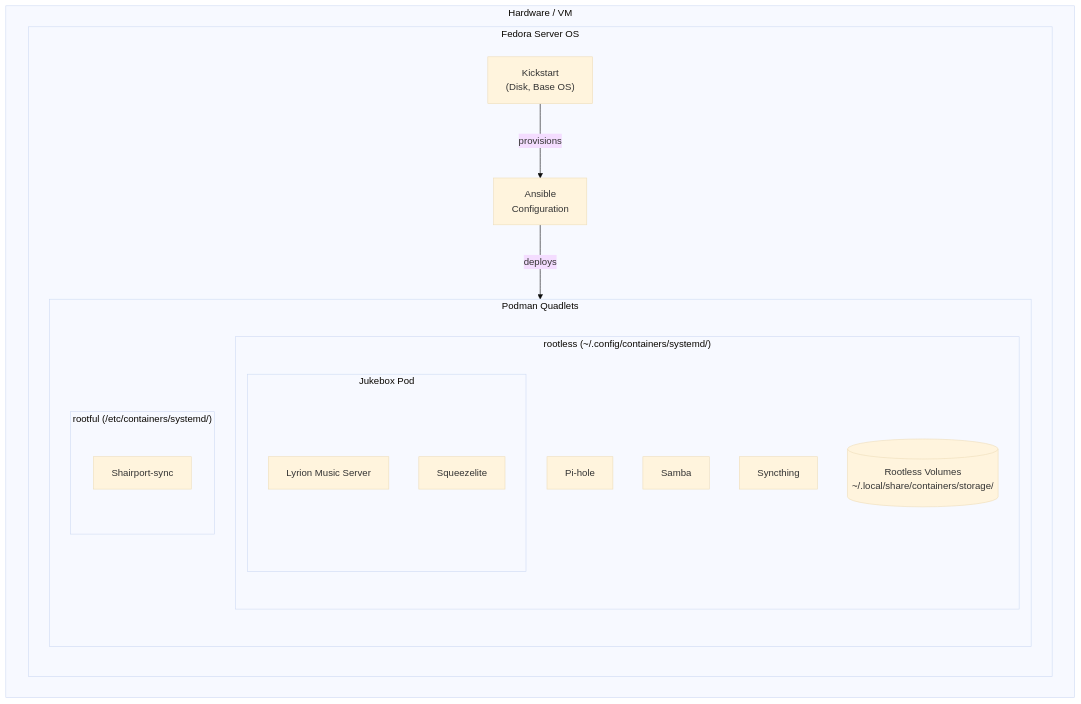
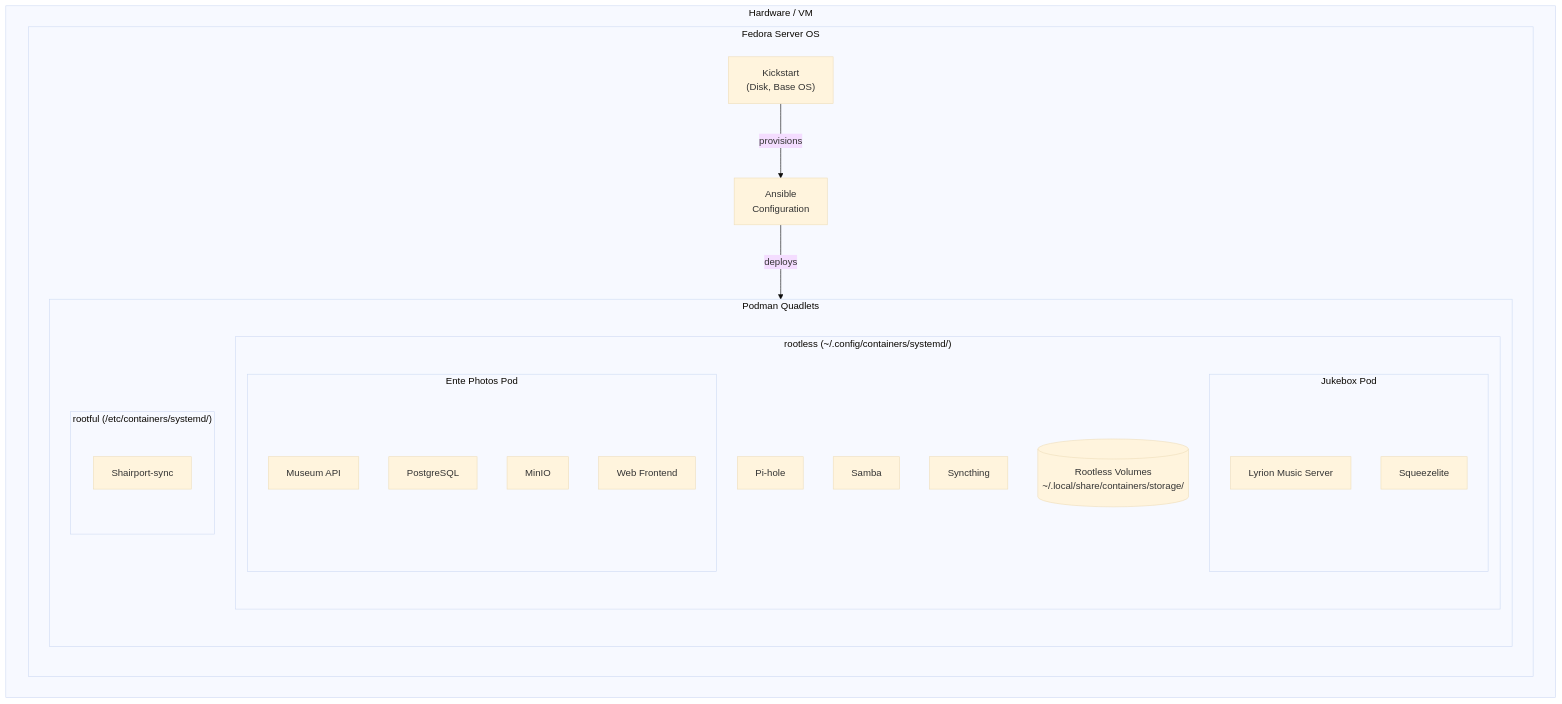
Before and after one commit to luckynrslevin/home-server: the diagram in README.md, drawn with Mermaid (base theme). The commit also changed other lines of this file, not shown here.

Commit message:
Update README with Ente Photos as deployed service
Add Ente Photos pod (Museum API, PostgreSQL, MinIO, Web Frontend) to
the architecture diagram and move from planned to deployed services.

````diff
--- a/README.md
+++ b/README.md
@@ -111,25 +111,31 @@
 ```mermaid
 graph TD
     subgraph HW["Hardware / VM"]
         subgraph OS["Fedora Server OS"]
             KS["Kickstart<br/>(Disk, Base OS)"] -->|provisions| ANS["Ansible<br/>Configuration"]
             ANS -->|deploys| PODMAN
 
             subgraph PODMAN["Podman Quadlets"]
                 subgraph RL["rootless (~/.config/containers/systemd/)"]
                     PH["Pi-hole"]
                     SMB["Samba"]
                     ST["Syncthing"]
                     subgraph JB["Jukebox Pod"]
                         LMS["Lyrion Music Server"]
                         SL["Squeezelite"]
                     end
+                    subgraph EP["Ente Photos Pod"]
+                        MUS["Museum API"]
+                        PG["PostgreSQL"]
+                        MIN["MinIO"]
+                        WEB["Web Frontend"]
+                    end
                     ULVOL[("Rootless Volumes<br/>~/.local/share/containers/storage/")]
                 end
                 subgraph RF["rootful (/etc/containers/systemd/)"]
                     SH["Shairport-sync"]
                 end
             end
         end
     end
 ```
````
